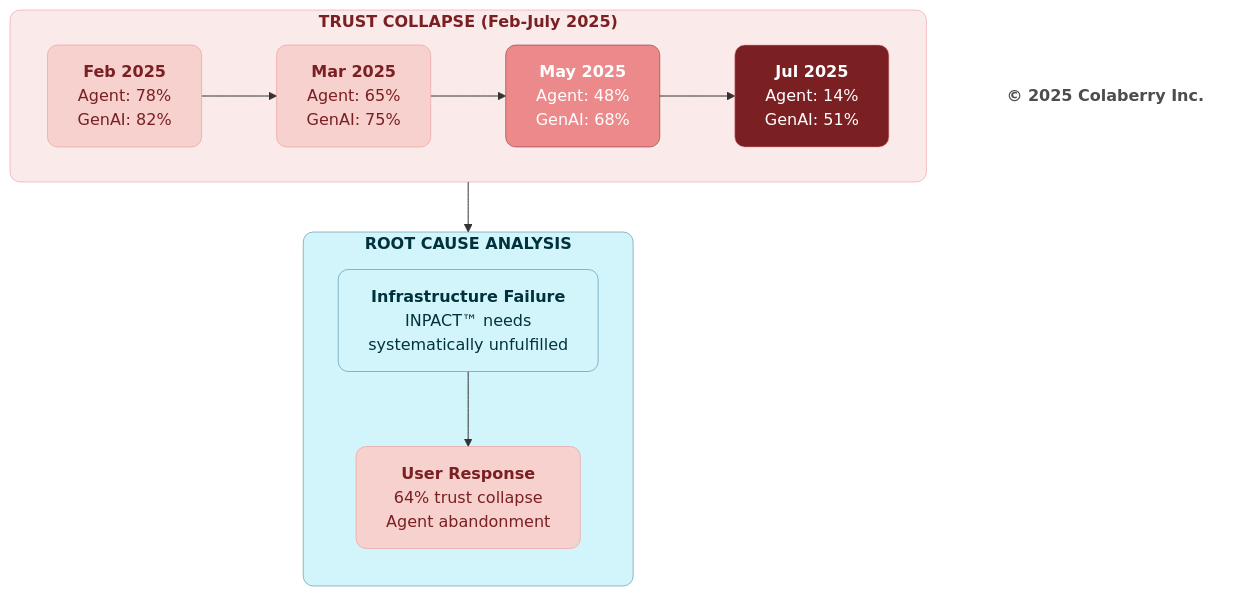
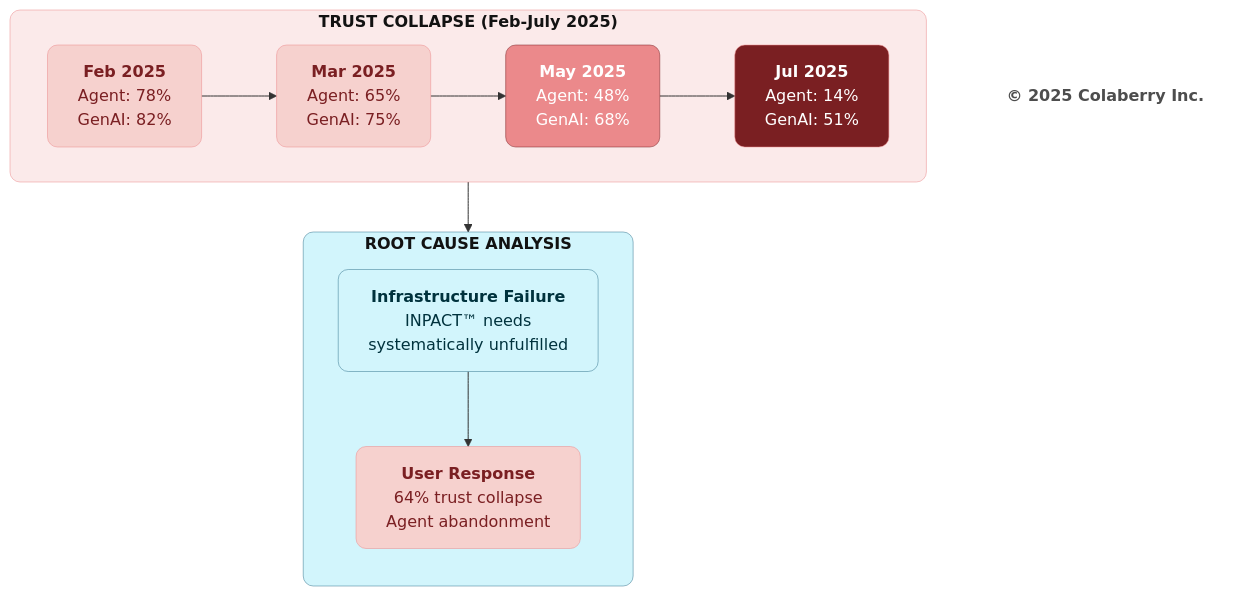
The second of 6 diagrams in manuscript/02_chapter_1_why_agents_fail.md (saitejesh-cyber/trust-before-intelligence-book), drawn with Mermaid before and after one commit. The commit also changed other lines of this file and 12 other files, not shown here.

````diff
--- a/manuscript/02_chapter_1_why_agents_fail.md
+++ b/manuscript/02_chapter_1_why_agents_fail.md
@@ -133,41 +133,41 @@
 ```mermaid
 graph TB
     subgraph timeline["<b>TRUST COLLAPSE (Feb-July 2025)</b>"]
         direction LR
         
         FEB["<b>Feb 2025</b><br/>Agent: 78%<br/>GenAI: 82%"]
         
         MAR["<b>Mar 2025</b><br/>Agent: 65%<br/>GenAI: 75%"]
         
         MAY["<b>May 2025</b><br/>Agent: 48%<br/>GenAI: 68%"]
         
         JUL["<b>Jul 2025</b><br/>Agent: 14%<br/>GenAI: 51%"]
         
         FEB --> MAR --> MAY --> JUL
     end
     
     subgraph analysis["<b>ROOT CAUSE ANALYSIS</b>"]
         direction TB
         
         CAUSE["<b>Infrastructure Failure</b><br/>INPACT™ needs<br/>systematically unfulfilled"]
         
         RESULT["<b>User Response</b><br/>64% trust collapse<br/>Agent abandonment"]
         
         CAUSE --> RESULT
     end
     
     timeline --> analysis
     
-    style timeline fill:#FBEAEA,stroke:#EB898B,stroke-width:0.5px,color:#7A1F22,rx:10,ry:10
+    style timeline fill:#FBEAEA,stroke:#EB898B,stroke-width:0.5px,color:#121212,rx:10,ry:10
     style FEB fill:#F6D1CE,stroke:#EB898B,stroke-width:0.5px,color:#7A1F22,rx:10,ry:10
     style MAR fill:#F6D1CE,stroke:#EB898B,stroke-width:0.5px,color:#7A1F22,rx:10,ry:10
     style MAY fill:#EB898B,stroke:#7A1F22,stroke-width:0.5px,color:#ffffff,rx:10,ry:10
     style JUL fill:#7A1F22,stroke:#EB898B,stroke-width:0.5px,color:#ffffff,rx:10,ry:10
     
-    style analysis fill:#d2f5fc,stroke:#32738C,stroke-width:0.5px,color:#00323D,rx:10,ry:10
+    style analysis fill:#d2f5fc,stroke:#32738C,stroke-width:0.5px,color:#121212,rx:10,ry:10
     style CAUSE fill:#d2f5fc,stroke:#32738C,stroke-width:0.5px,color:#00323D,rx:10,ry:10
     style RESULT fill:#F6D1CE,stroke:#EB898B,stroke-width:0.5px,color:#7A1F22,rx:10,ry:10
     
     Copyright["<b>© 2025 Colaberry Inc.</b>"]
 style Copyright fill:none,stroke:none,color:#4D4D4D
 ```
````
